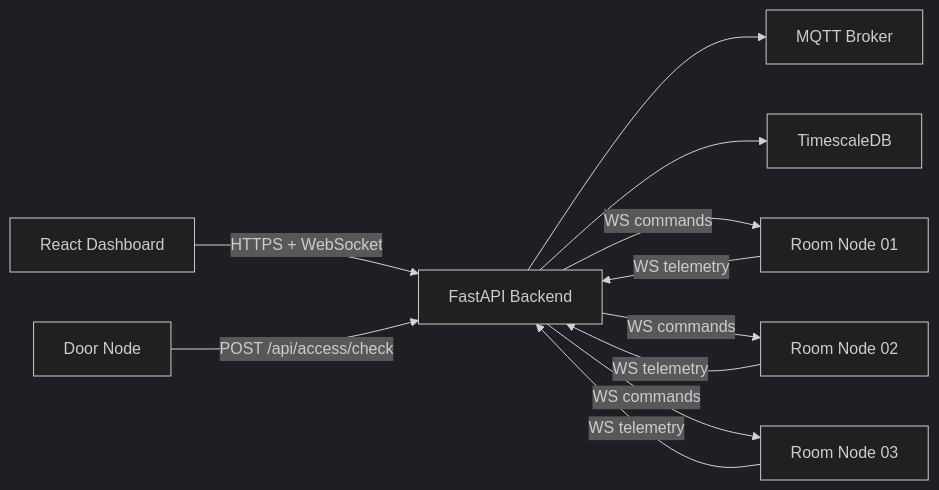
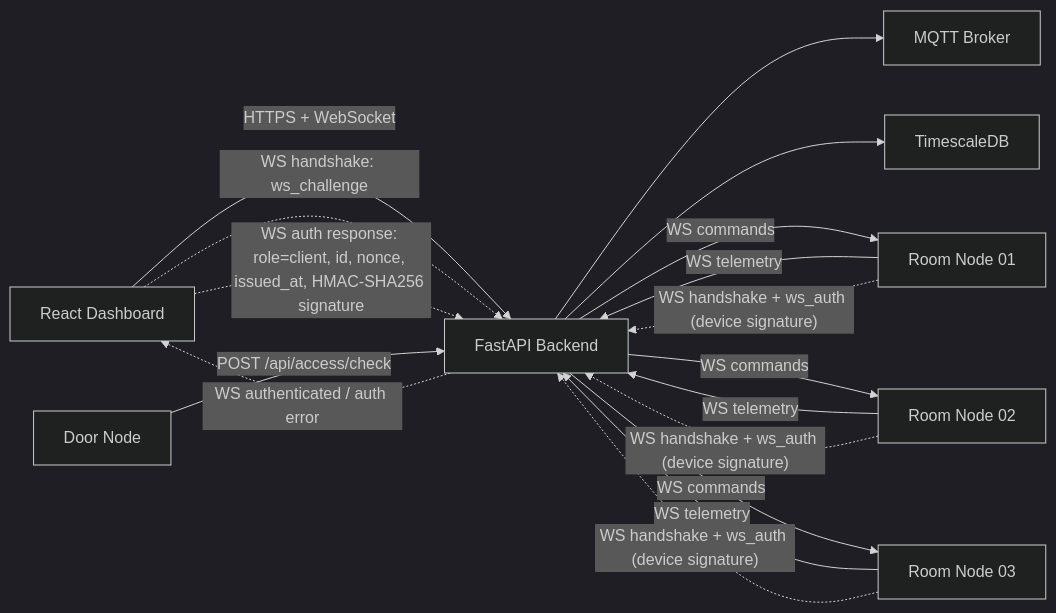
Before and after one commit to Qrytics/smartHome: the first of 6 diagrams in finalPresentation.md, drawn with Mermaid (dark theme). The commit also changed other lines of this file and 3 other files, not shown here.

````diff
--- a/finalPresentation.md
+++ b/finalPresentation.md
@@ -169,13 +169,19 @@
 ```mermaid
 flowchart LR
   WebUI["React Dashboard"] -->|"HTTPS + WebSocket"| Backend["FastAPI Backend"]
+  WebUI -.->|"WS handshake: ws_challenge"| Backend
+  WebUI -.->|"WS auth response: role=client, id, nonce, issued_at, HMAC-SHA256 signature"| Backend
+  Backend -.->|"WS authenticated / auth error"| WebUI
   Backend --> MQTT["MQTT Broker"]
   Backend --> DB["TimescaleDB"]
   Room1["Room Node 01"] -->|"WS telemetry"| Backend
   Room2["Room Node 02"] -->|"WS telemetry"| Backend
   Room3["Room Node 03"] -->|"WS telemetry"| Backend
+  Room1 -.->|"WS handshake + ws_auth (device signature)"| Backend
+  Room2 -.->|"WS handshake + ws_auth (device signature)"| Backend
+  Room3 -.->|"WS handshake + ws_auth (device signature)"| Backend
   Door["Door Node"] -->|"POST /api/access/check"| Backend
   Backend -->|"WS commands"| Room1
   Backend -->|"WS commands"| Room2
   Backend -->|"WS commands"| Room3
 ```
````
